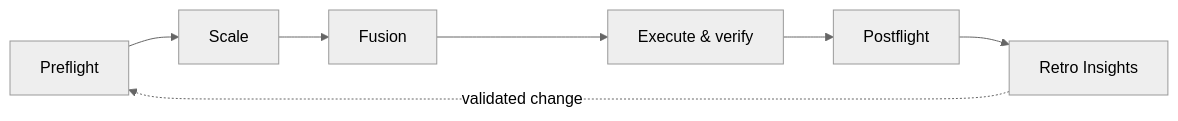
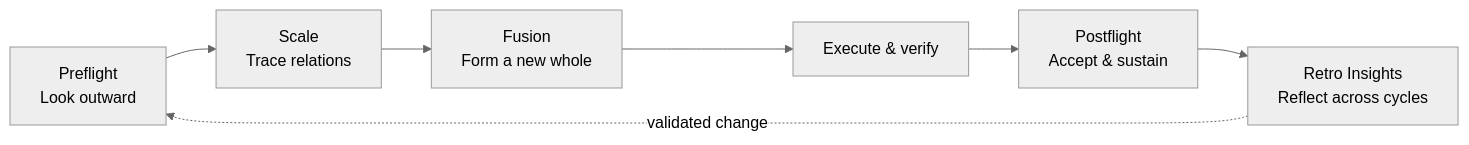
One commit to Kyoyen/thinking-workflow-agent-skills changed the diagram in README.en.md. Above: the diagram before and after it, drawn with Mermaid (neutral theme). The commit also changed other lines of this file and 11 other files, not shown here.

````diff
--- a/README.en.md
+++ b/README.en.md
@@ -15,9 +28,9 @@
 ```mermaid
 flowchart LR
-    A["Preflight"] --> B["Scale"]
-    B --> C["Fusion"]
+    A["Preflight<br/>Look outward"] --> B["Scale<br/>Trace relations"]
+    B --> C["Fusion<br/>Form a new whole"]
     C --> D["Execute & verify"]
-    D --> E["Postflight"]
-    E --> F["Retro Insights"]
+    D --> E["Postflight<br/>Accept & sustain"]
+    E --> F["Retro Insights<br/>Reflect across cycles"]
     F -. "validated change" .-> A
 ```
````
